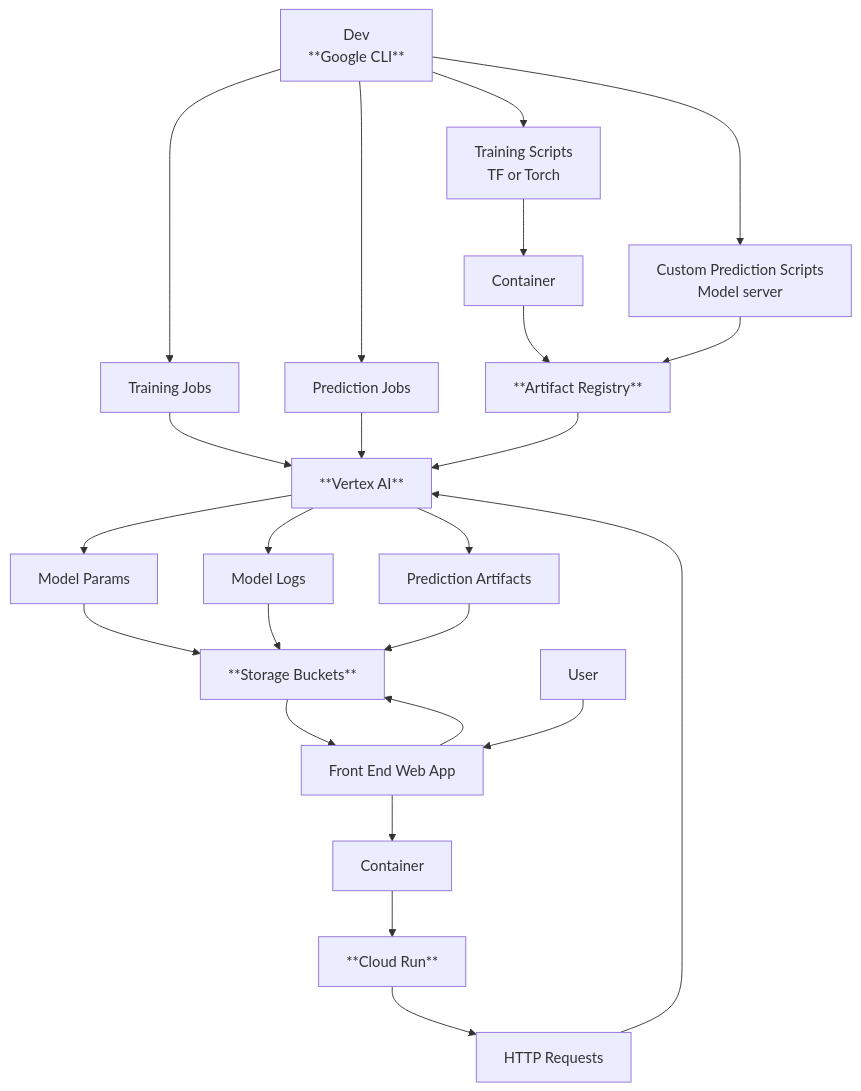
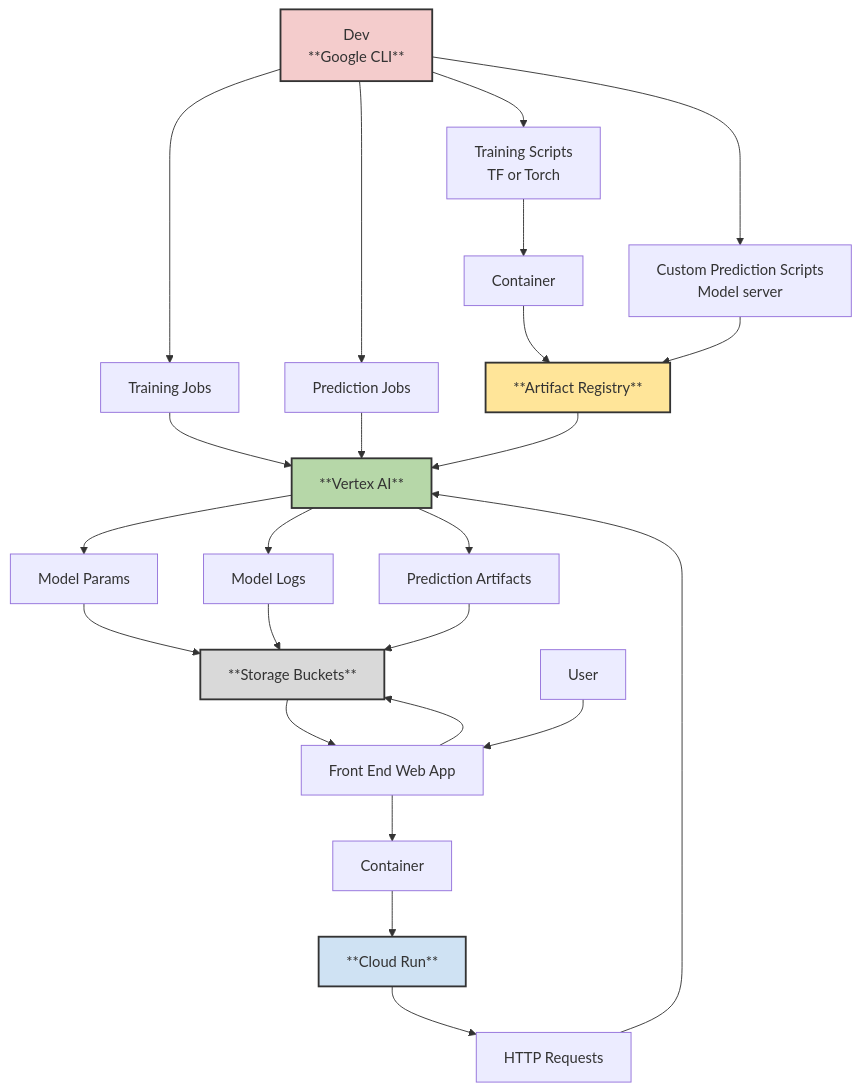
The diagram in ReadMe.md (nuEGil/NotesOnTextTasks), drawn with Mermaid before and after one commit.

````diff
--- a/ReadMe.md
+++ b/ReadMe.md
@@ -41,23 +41,39 @@
 ```mermaid
 graph TD;
-    A[Training Scripts<br/>TF or Torch<br/>]-->B[Container<br/>];
-    B-->C[**Artifact Registry**];
-    D[Custom Prediction Scripts<br/>Model server<br/>]-->C;
-    C-->E[**Vertex AI**];
-    F[Training Jobs]-->E;
-    G[Prediction Jobs]-->E;
-    E-->H[Model Params] & I[Model Logs] & J[Prediction Artifacts];
-    H & I & J -->K[**Storage Buckets**];
-    L[Front End Web App]-->M[Container];
-    M-->N[**Cloud Run**];
-    N-->O[HTTP Requests];
-    O-->E;
-    K-->L;
-    P[User]-->L;
-    Q[Dev<br/>**Google CLI**]-->F & G & A & D;
-    L-->K;
 
-    
+    %% Training + Containers
+    A[Training Scripts<br/>TF or Torch] --> B[Container]
+    B --> C[**Artifact Registry**]
 
-    
+    %% Prediction scripts to Artifact Registry
+    D[Custom Prediction Scripts<br/>Model server] --> C
+
+    %% Vertex AI jobs
+    C --> E[**Vertex AI**]
+    F[Training Jobs] --> E
+    G[Prediction Jobs] --> E
+
+    %% Model outputs
+    E --> H[Model Params] & I[Model Logs] & J[Prediction Artifacts]
+    H & I & J --> K[**Storage Buckets**]
+
+    %% Frontend + Cloud Run
+    L[Front End Web App] --> M[Container]
+    M --> N[**Cloud Run**]
+    N --> O[HTTP Requests]
+    O --> E
+    K --> L
+    P[User] --> L
+
+    %% Dev tools
+    Q[Dev<br/>**Google CLI**] --> F & G & A & D
+    L --> K
+
+    %% --- Styles ---
+    style C fill:#ffe599,stroke:#333,stroke-width:2px
+    style E fill:#b6d7a8,stroke:#333,stroke-width:2px
+    style K fill:#d9d9d9,stroke:#333,stroke-width:2px
+    style N fill:#cfe2f3,stroke:#333,stroke-width:2px
+    style Q fill:#f4cccc,stroke:#333,stroke-width:2px
+
 ```
````
